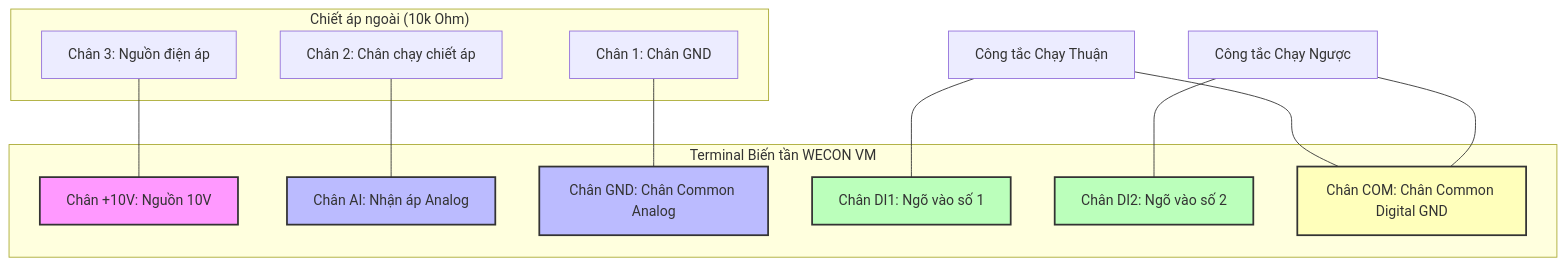
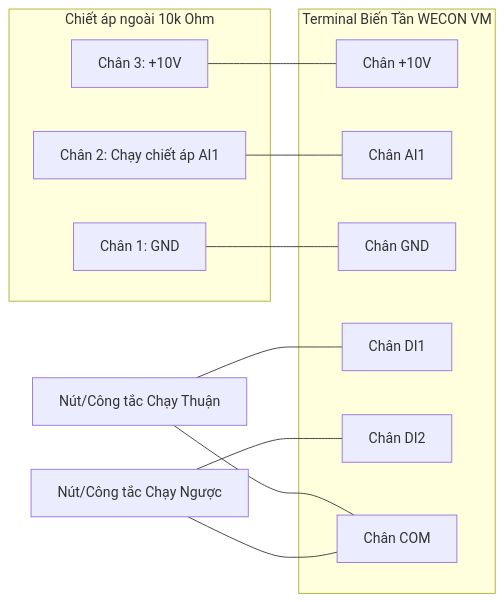
The second of 2 diagrams in apps/docs/docs/inverter/wecon/Manual.mdx (2Naq/shareme), drawn with Mermaid before and after one commit. The commit also changed other lines of this file and 3 other files, not shown here.

````diff
--- a/apps/docs/docs/inverter/wecon/Manual.mdx
+++ b/apps/docs/docs/inverter/wecon/Manual.mdx
@@ -161,34 +111,25 @@
 ```mermaid
-graph TD
-    subgraph "Chiết áp ngoài (10k Ohm)"
-        VR1[Chân 3: Nguồn điện áp]
-        VR2[Chân 2: Chân chạy chiết áp]
-        VR3[Chân 1: Chân GND]
+graph LR
+    subgraph "Chiết áp ngoài 10k Ohm"
+        VR1[Chân 3: +10V]
+        VR2[Chân 2: Chạy chiết áp AI1]
+        VR3[Chân 1: GND]
     end
 
-    subgraph "Terminal Biến tần WECON VM"
-        T10[Chân +10V: Nguồn 10V]
-        TAI[Chân AI: Nhận áp Analog]
-        TGND[Chân GND: Chân Common Analog]
-        TDI1[Chân DI1: Ngõ vào số 1]
-        TDI2[Chân DI2: Ngõ vào số 2]
-        TCOM[Chân COM: Chân Common Digital GND]
+    subgraph "Terminal Biến Tần WECON VM"
+        T10[Chân +10V]
+        TAI[Chân AI1]
+        TGND[Chân GND]
+        TDI1[Chân DI1]
+        TDI2[Chân DI2]
+        TCOM[Chân COM]
     end
 
     VR1 --- T10
     VR2 --- TAI
     VR3 --- TGND
 
-    SW1[Công tắc Chạy Thuận] --- TDI1
-    SW1 --- TCOM
-
-    SW2[Công tắc Chạy Ngược] --- TDI2
-    SW2 --- TCOM
-
-    style T10 fill:#f9f,stroke:#333,stroke-width:2px
-    style TAI fill:#bbf,stroke:#333,stroke-width:2px
-    style TGND fill:#bbf,stroke:#333,stroke-width:2px
-    style TDI1 fill:#bfb,stroke:#333,stroke-width:2px
-    style TDI2 fill:#bfb,stroke:#333,stroke-width:2px
-    style TCOM fill:#ffb,stroke:#333,stroke-width:2px
+    SW1[Nút/Công tắc Chạy Thuận] --- TDI1
+    SW2[Nút/Công tắc Chạy Ngược] --- TDI2
+    SW1 & SW2 --- TCOM
 ```
````
